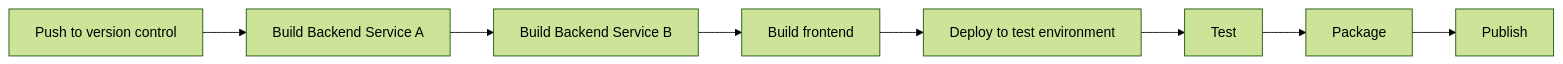
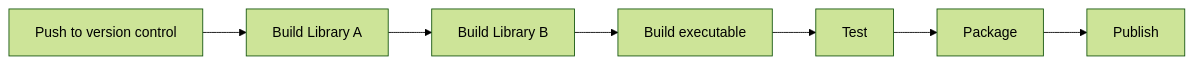
One commit to bernedom/bernedom.github.io changed the second of 3 diagrams in _posts/2025-08-01-artifact-based-ci.md. Above: the diagram before and after it, drawn with Mermaid (forest theme). The commit also changed other lines of this file, not shown here.

````diff
--- a/_posts/2025-08-01-artifact-based-ci.md
+++ b/_posts/2025-08-01-artifact-based-ci.md
@@ -29,6 +29,6 @@
 ```mermaid!
 
 flowchart LR
-  A[Push to version control] --> B[Build Backend Service A] --> C[Build Backend Service B] --> D[Build frontend] --> E[Deploy to test environment] --> F[Test] --> G[Package] --> H[Publish]
+  A[Push to version control] --> B[Build Library A] --> C[Build Library B] --> D[Build executable] --> F[Test] --> G[Package] --> H[Publish]
 
 ```
````
